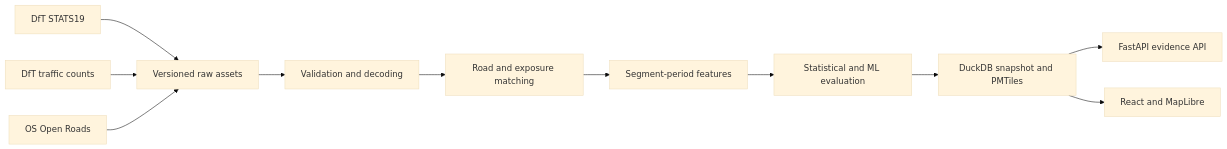
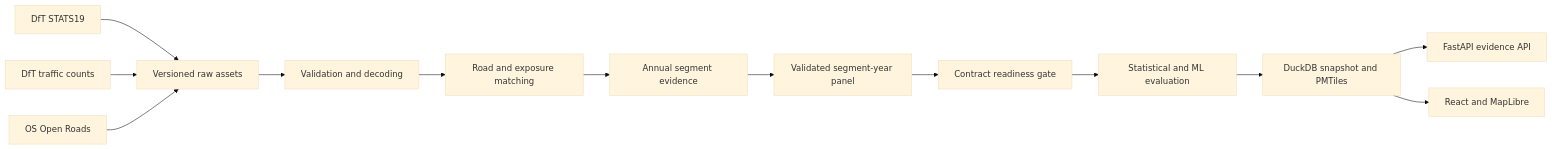
The diagram in docs/architecture.md (jeevan6996/roadsafe-uk), drawn with Mermaid (base theme) before and after one commit. The commit also changed other lines of this file and 15 other files, not shown here.

First line of the commit message:
feat: add longitudinal evaluation readiness gate (#2)

````diff
--- a/docs/architecture.md
+++ b/docs/architecture.md
@@ -6,13 +6,15 @@
 ```mermaid
 flowchart LR
     DFT[DfT STATS19] --> RAW[Versioned raw assets]
     TRAFFIC[DfT traffic counts] --> RAW
     OS[OS Open Roads] --> RAW
     RAW --> VALIDATE[Validation and decoding]
     VALIDATE --> MATCH[Road and exposure matching]
-    MATCH --> FEATURES[Segment-period features]
-    FEATURES --> MODELS[Statistical and ML evaluation]
+    MATCH --> FEATURES[Annual segment evidence]
+    FEATURES --> PANEL[Validated segment-year panel]
+    PANEL --> GATE[Contract readiness gate]
+    GATE --> MODELS[Statistical and ML evaluation]
     MODELS --> PUBLISH[DuckDB snapshot and PMTiles]
     PUBLISH --> API[FastAPI evidence API]
     PUBLISH --> WEB[React and MapLibre]
 ```
````
